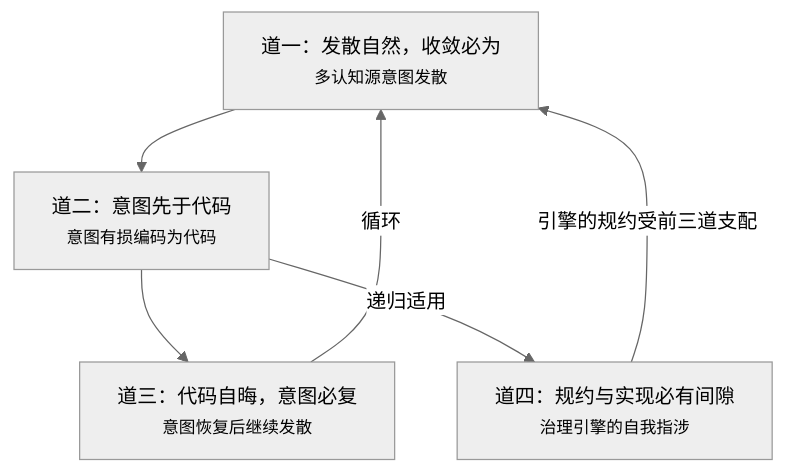
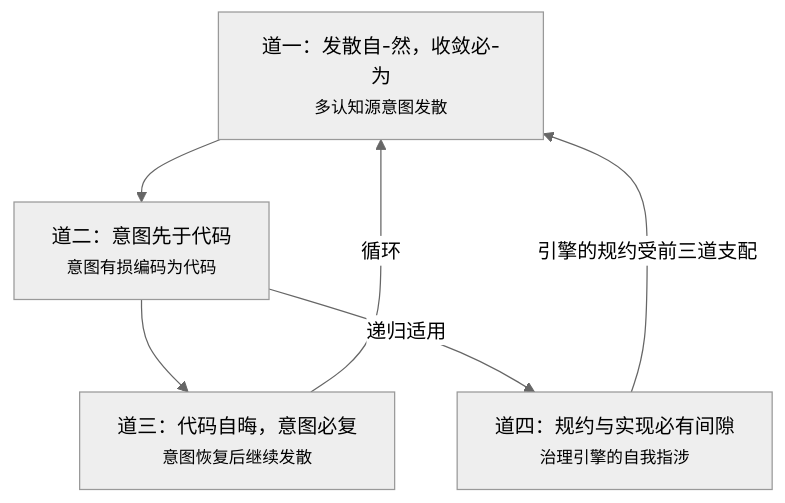
One commit to sgmov/sihankor changed the fourth of 4 diagrams in docs/specs/philosophy/On-SiHankor-Tao.sih.md. Above: the diagram before and after it, drawn with Mermaid (neutral theme). The commit also changed other lines of this file and 8 other files, not shown here.

````diff
--- a/docs/specs/philosophy/On-SiHankor-Tao.sih.md
+++ b/docs/specs/philosophy/On-SiHankor-Tao.sih.md
@@ -370,13 +370,13 @@
 ```mermaid
 flowchart TD
-    D1["道一：发散自然，收敛必为<br/><small>多认知源意图发散</small>"]
+    D1["道一：发散自-然，收敛必-为<br/><small>多认知源意图发散</small>"]
     D2["道二：意图先于代码<br/><small>意图有损编码为代码</small>"]
     D3["道三：代码自晦，意图必复<br/><small>意图恢复后继续发散</small>"]
     D4["道四：规约与实现必有间隙<br/><small>治理引擎的自我指涉</small>"]
 
     D1 --> D2
     D2 --> D3
     D3 -->|"循环"| D1
     D2 -->|"递归适用"| D4
     D4 -->|"引擎的规约受前三道支配"| D1
 ```
````
